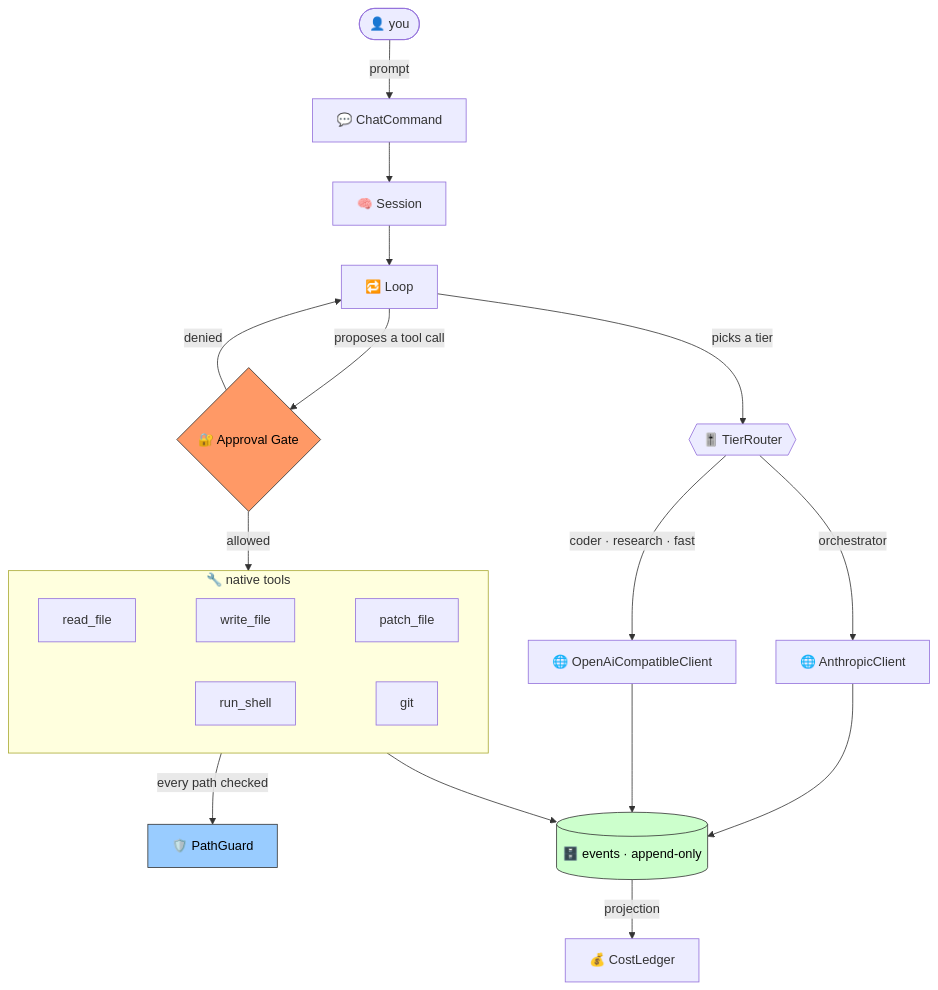
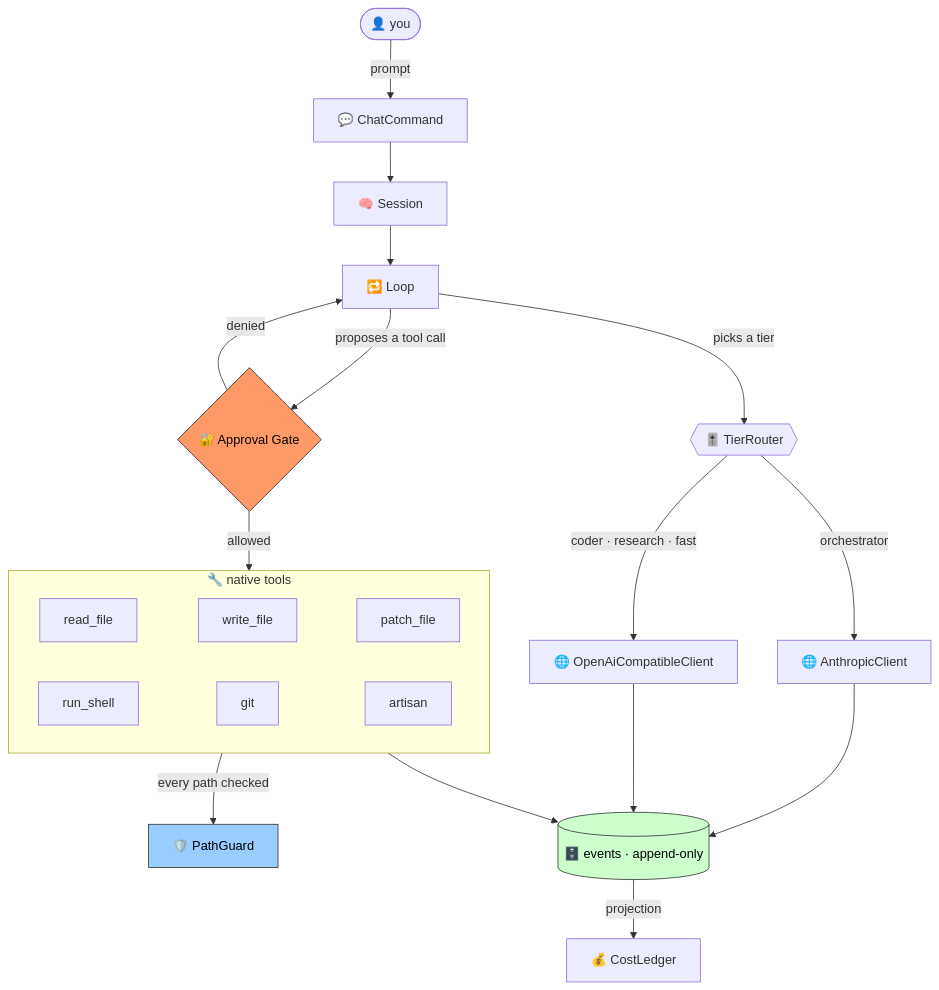
The first of 3 diagrams in README.md (shoemoney/paider), drawn with Mermaid before and after one commit. The commit also changed other lines of this file and 7 other files, not shown here.

````diff
--- a/README.md
+++ b/README.md
@@ -192,29 +197,29 @@
 ```mermaid
 flowchart TB
     User([👤 you]) -->|prompt| Chat[💬 ChatCommand]
     Chat --> Session[🧠 Session]
     Session --> Loop[🔁 Loop]
 
     Loop -->|picks a tier| Router{{🎚️ TierRouter}}
     Router -->|orchestrator| P1[🌐 AnthropicClient]
     Router -->|coder · research · fast| P2[🌐 OpenAiCompatibleClient]
 
     Loop -->|proposes a tool call| Gate{🔐 Approval Gate}
     Gate -->|denied| Loop
     Gate -->|allowed| Tools
 
     subgraph Tools [🔧 native tools]
         direction LR
         T1[read_file] ~~~ T2[write_file] ~~~ T3[patch_file]
-        T4[run_shell] ~~~ T5[git]
+        T4[run_shell] ~~~ T5[git] ~~~ T6[artisan]
     end
 
     Tools -->|every path checked| Guard[🛡️ PathGuard]
     Tools --> Log[(🗄️ events · append-only)]
     P1 & P2 --> Log
     Log -->|projection| Ledger[💰 CostLedger]
 
     style Gate fill:#f96,stroke:#333,color:#000
     style Guard fill:#9cf,stroke:#333,color:#000
     style Log fill:#cfc,stroke:#333,color:#000
 ```
````
